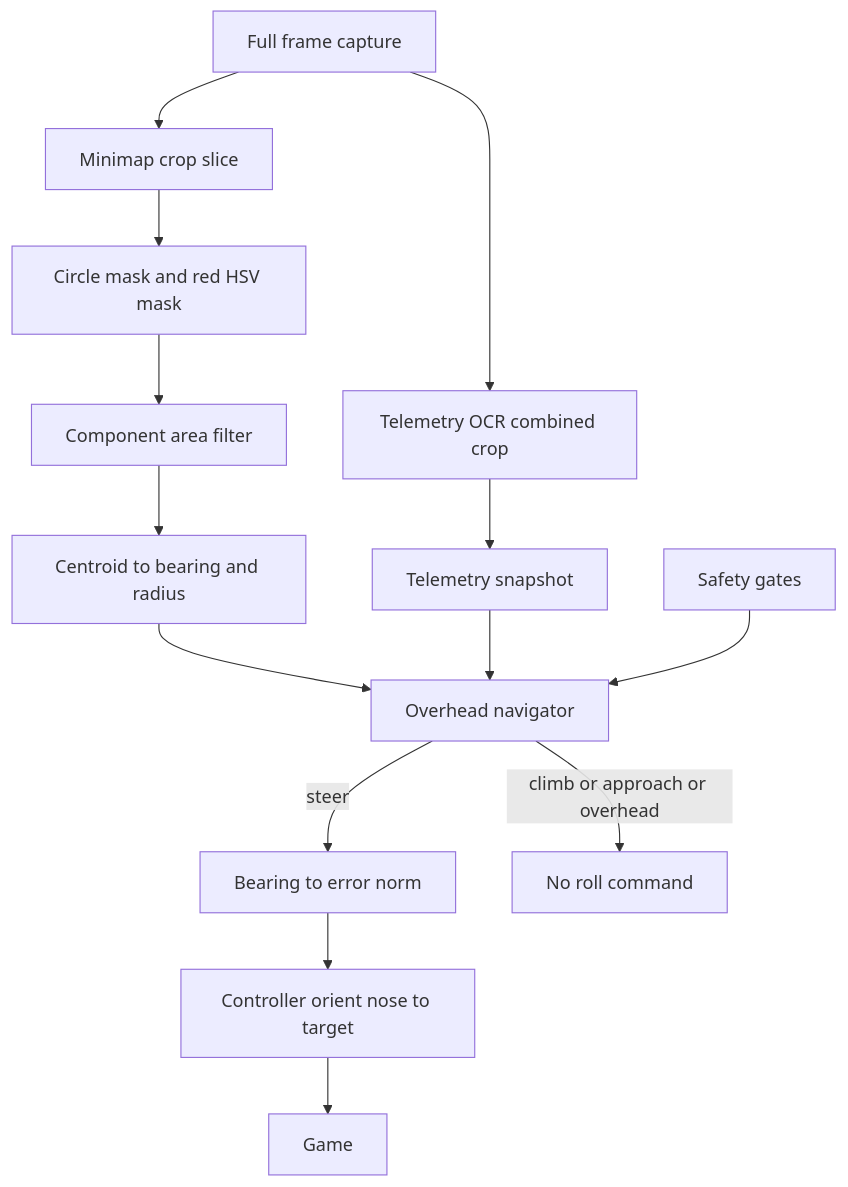
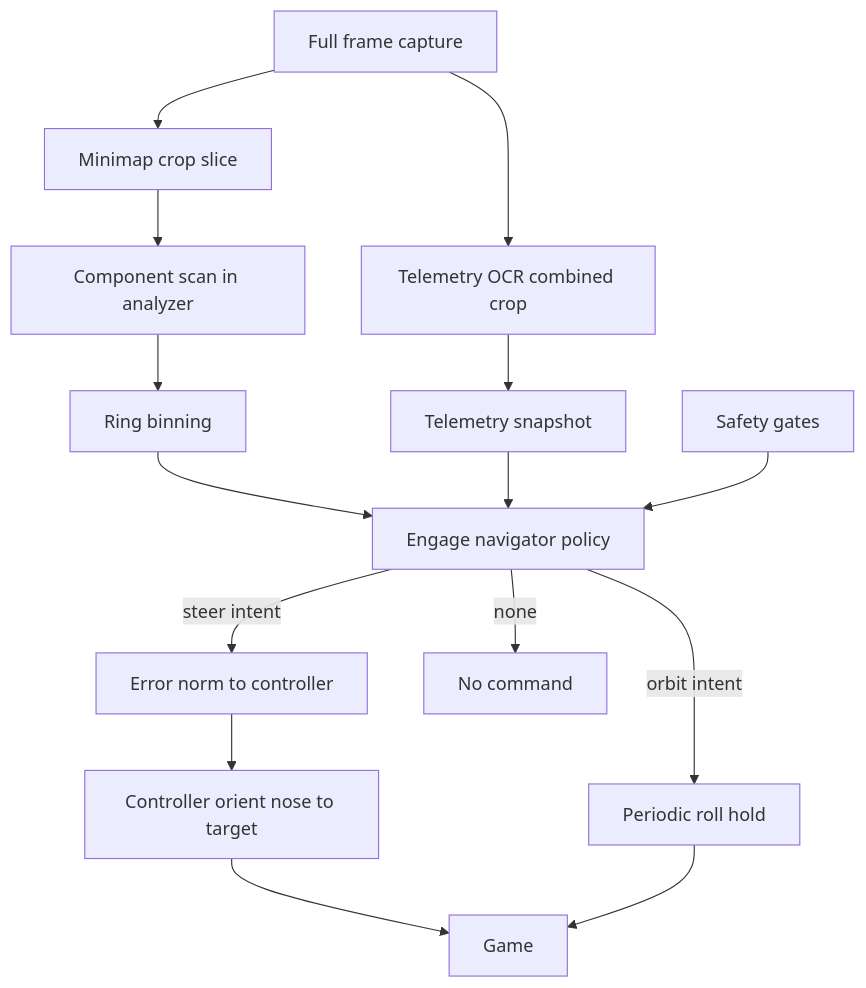
One commit to mhouse1/wingman changed the second of 2 diagrams in docs/hldd/003-enemy-quadrant-detection-hldd.md. Above: the diagram before and after it, drawn with Mermaid. The commit also changed other lines of this file and 13 other files, not shown here.

````diff
--- a/docs/hldd/003-enemy-quadrant-detection-hldd.md
+++ b/docs/hldd/003-enemy-quadrant-detection-hldd.md
@@ -149,16 +163,17 @@
 ```mermaid
 flowchart TD
     CAP[Full frame capture] --> MM[Minimap crop slice]
-    MM --> MASK[Circle mask and red HSV mask]
-    MASK --> COMP[Component area filter]
-    COMP --> POLAR[Centroid to bearing and radius]
+    MM --> SCAN[Component scan in analyzer]
+    SCAN --> BIN[Ring binning]
     CAP --> TEL[Telemetry OCR combined crop]
     TEL --> SNAP[Telemetry snapshot]
-    POLAR --> NAV[Overhead navigator]
-    SNAP --> NAV
-    GUARD[Safety gates] --> NAV
-    NAV -->|steer| ERR[Bearing to error norm]
+    BIN --> POL[Engage navigator policy]
+    SNAP --> POL
+    GUARD[Safety gates] --> POL
+    POL -->|steer intent| ERR[Error norm to controller]
     ERR --> ORIENT[Controller orient nose to target]
-    NAV -->|climb or approach or overhead| NOOP[No roll command]
+    POL -->|orbit intent| ORB[Periodic roll hold]
+    POL -->|none| NOOP[No command]
     ORIENT --> GAME[Game]
+    ORB --> GAME
 ```
````
